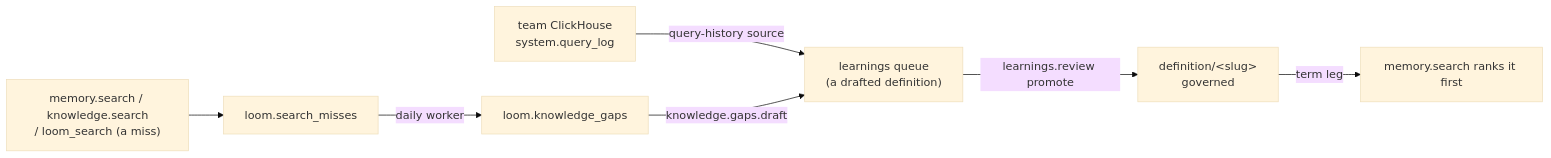
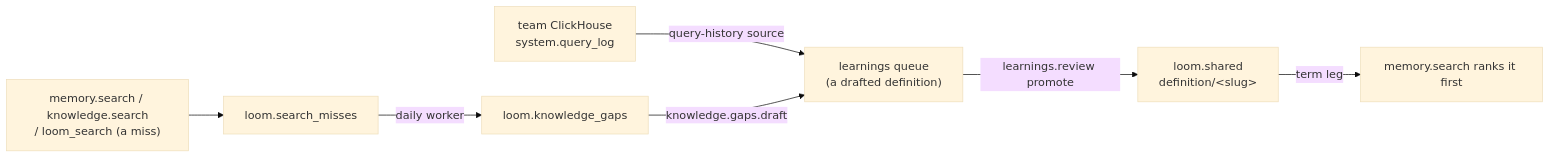
One commit to ClickHouse/loom changed the diagram in docs/architecture/curation-loop.md. Above: the diagram before and after it, drawn with Mermaid (base theme). The commit also changed other lines of this file, not shown here.

First line of the commit message:
Governed definitions are shared-layer rows an admin promoted

````diff
--- a/docs/architecture/curation-loop.md
+++ b/docs/architecture/curation-loop.md
@@ -11,9 +11,9 @@
 ```mermaid
 flowchart LR
     S["memory.search / knowledge.search<br/>/ loom_search (a miss)"] --> M["loom.search_misses"]
     M -->|"daily worker"| G["loom.knowledge_gaps"]
     Q["team ClickHouse<br/>system.query_log"] -->|"query-history source"| L
     G -->|"knowledge.gaps.draft"| L["learnings queue<br/>(a drafted definition)"]
-    L -->|"learnings.review promote"| D["definition/&lt;slug&gt;<br/>governed"]
+    L -->|"learnings.review promote"| D["loom.shared<br/>definition/&lt;slug&gt;"]
     D -->|"term leg"| R["memory.search ranks it first"]
 ```
````
